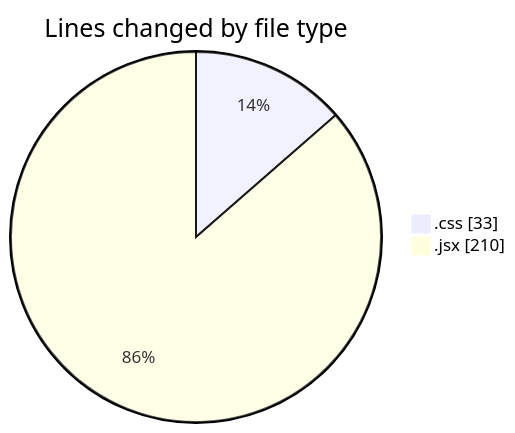
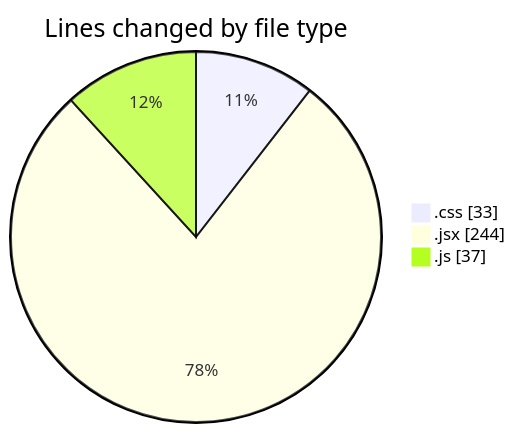
Before and after one commit to Elitesun/code-tracking: the first of 2 diagrams in 2025-02-14/elitegpt/README.md, drawn with Mermaid. The commit also changed other lines of this file and 1 other file, not shown here.

````diff
--- a/2025-02-14/elitegpt/README.md
+++ b/2025-02-14/elitegpt/README.md
@@ -25,6 +26,7 @@
 ```mermaid
 pie showData
 title Lines changed by file type
 ".css" : 33
-".jsx" : 210
+".jsx" : 244
+".js" : 37
 ```
````
